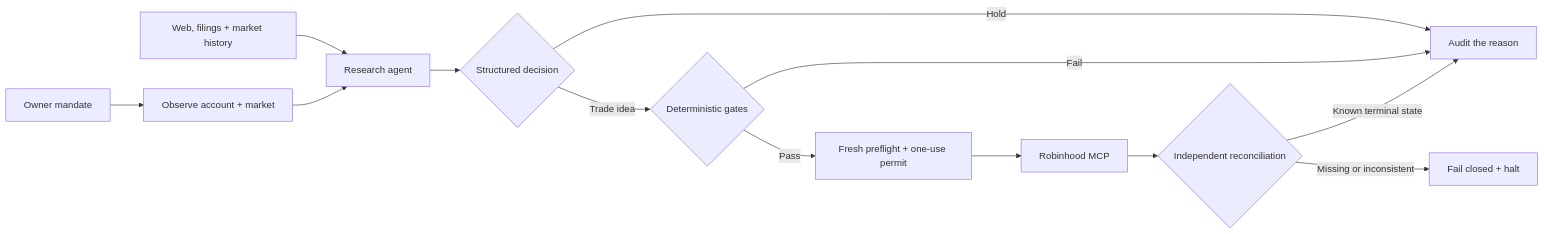
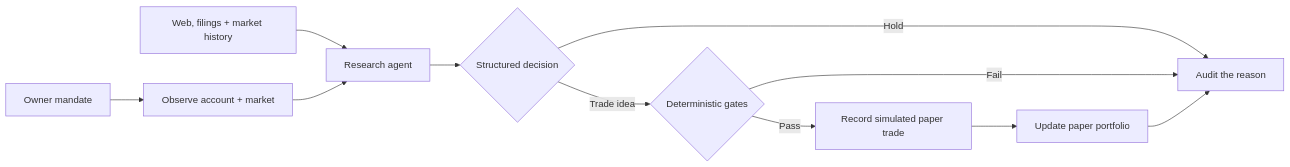
The diagram in README.md (Amadeus415/agentic_trading), drawn with Mermaid before and after one commit. The commit also changed other lines of this file and 8 other files, not shown here.

````diff
--- a/README.md
+++ b/README.md
@@ -35,15 +35,13 @@
 ```mermaid
 flowchart LR
     M["Owner mandate"] --> O["Observe account + market"]
     W["Web, filings + market history"] --> R["Research agent"]
     O --> R
     R --> D{"Structured decision"}
     D -->|"Hold"| A["Audit the reason"]
     D -->|"Trade idea"| G{"Deterministic gates"}
     G -->|"Fail"| A
-    G -->|"Pass"| P["Fresh preflight + one-use permit"]
-    P --> B["Robinhood MCP"]
-    B --> X{"Independent reconciliation"}
-    X -->|"Known terminal state"| A
-    X -->|"Missing or inconsistent"| H["Fail closed + halt"]
+    G -->|"Pass"| P["Record simulated paper trade"]
+    P --> X["Update paper portfolio"]
+    X --> A
 ```
````
